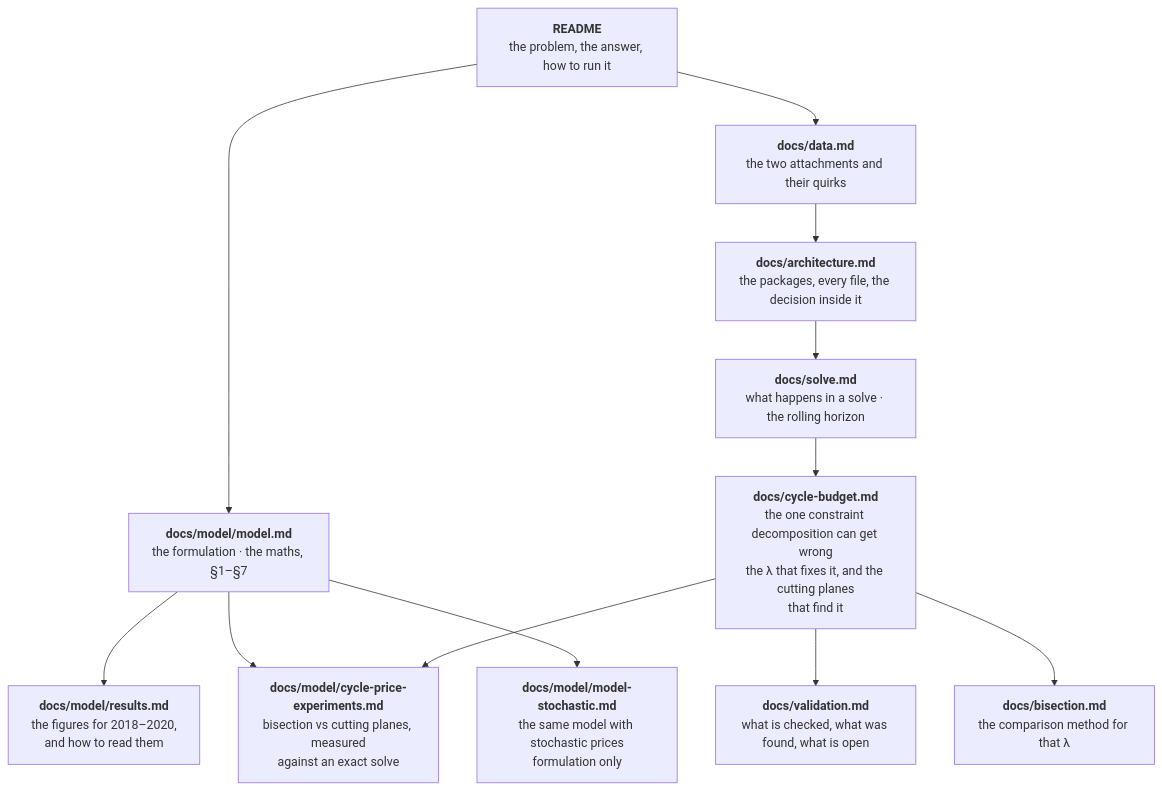
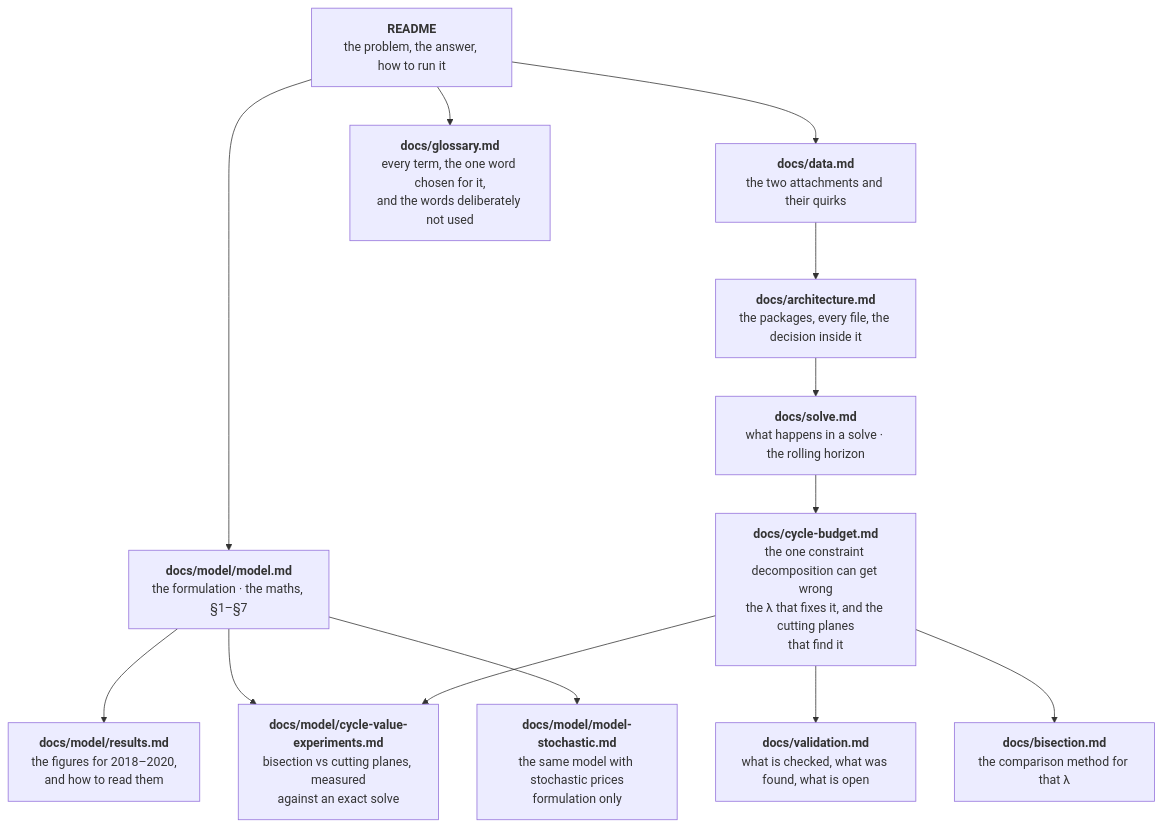
Before and after one commit to GuilhermePFM/BatteryCase: the second of 2 diagrams in README.md, drawn with Mermaid. The commit also changed other lines of this file and 45 other files, not shown here.

````diff
--- a/README.md
+++ b/README.md
@@ -110,22 +110,24 @@
 ```mermaid
 flowchart TD
     R["<b>README</b><br/>the problem, the answer, how to run it"]
     M["<b>docs/model/model.md</b><br/>the formulation · the maths, §1–§7"]
     D["<b>docs/data.md</b><br/>the two attachments and their quirks"]
     A["<b>docs/architecture.md</b><br/>the packages, every file, the decision inside it"]
     S["<b>docs/solve.md</b><br/>what happens in a solve · the rolling horizon"]
     C["<b>docs/cycle-budget.md</b><br/>the one constraint decomposition can get wrong<br/>the λ that fixes it, and the cutting planes<br/>that find it"]
     B["<b>docs/bisection.md</b><br/>the comparison method for that λ"]
     RE["<b>docs/model/results.md</b><br/>the figures for 2018–2020,<br/>and how to read them"]
-    X["<b>docs/model/cycle-price-experiments.md</b><br/>bisection vs cutting planes, measured<br/>against an exact solve"]
+    X["<b>docs/model/cycle-value-experiments.md</b><br/>bisection vs cutting planes, measured<br/>against an exact solve"]
     ST["<b>docs/model/model-stochastic.md</b><br/>the same model with stochastic prices<br/>formulation only"]
     V["<b>docs/validation.md</b><br/>what is checked, what was found, what is open"]
+    G["<b>docs/glossary.md</b><br/>every term, the one word chosen for it,<br/>and the words deliberately not used"]
 
+    R --> G
     R --> M
     R --> D --> A --> S --> C --> V
     M --> RE
     M --> X
     C --> X
     C --> B
     M --> ST
 ```
````
